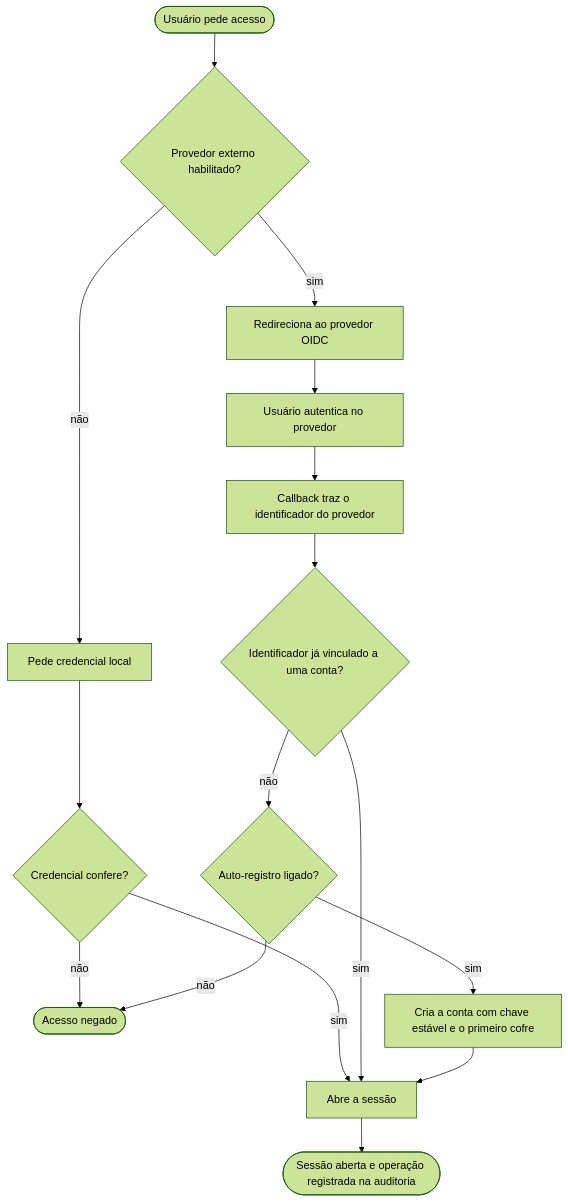
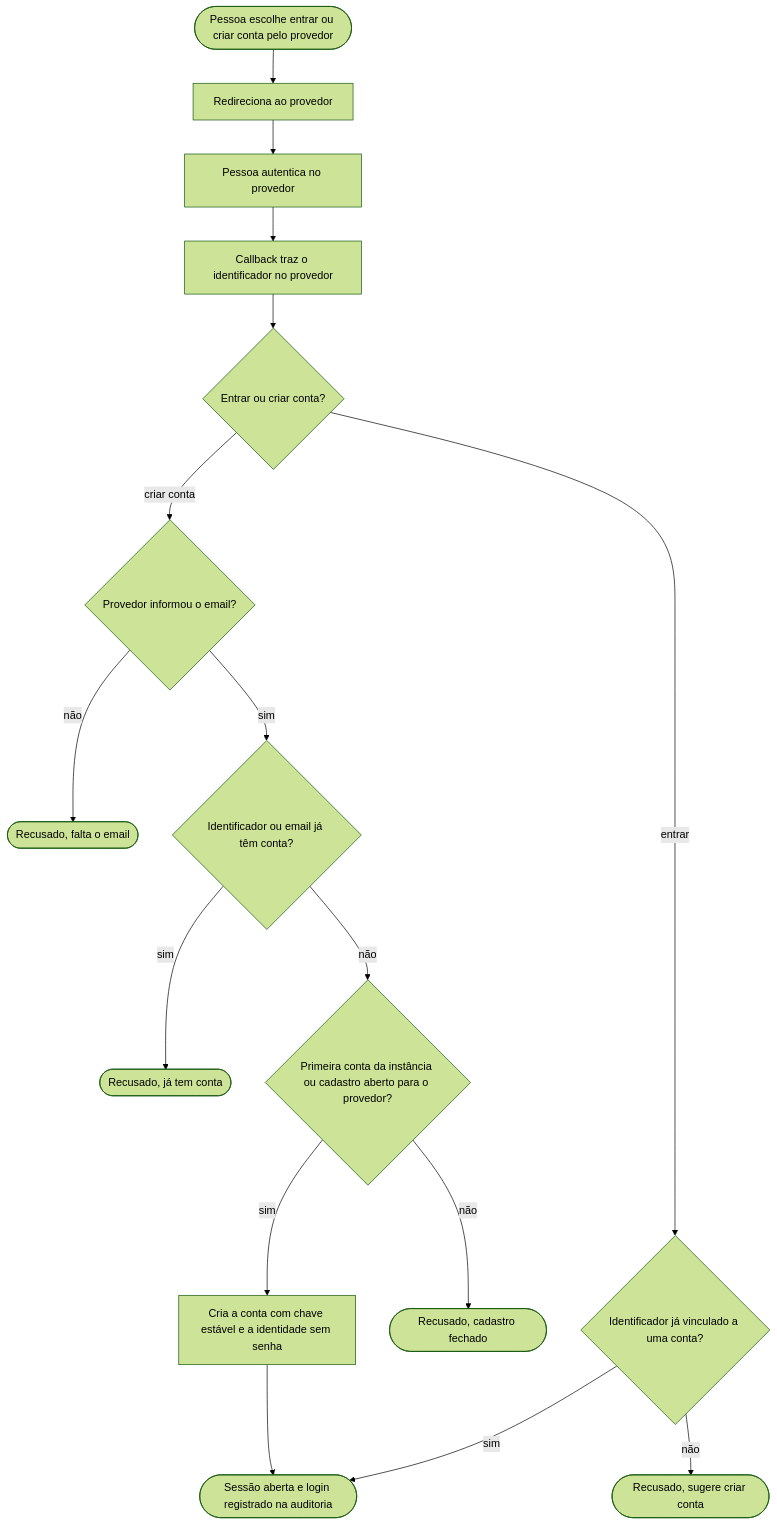
One commit to markupp-labs/markupp changed the second of 4 diagrams in docs/fluxogramas.md. Above: the diagram before and after it, drawn with Mermaid (forest theme). The commit also changed other lines of this file and 5 other files, not shown here.

````diff
--- a/docs/fluxogramas.md
+++ b/docs/fluxogramas.md
@@ -41,18 +42,18 @@
 ```mermaid
 flowchart TD
-  A(["Usuário pede acesso"]) --> B{"Provedor externo habilitado?"}
-  B -- não --> C["Pede credencial local"]
-  C --> D{"Credencial confere?"}
-  D -- não --> E(["Acesso negado"])
-  D -- sim --> K["Abre a sessão"]
-  B -- sim --> F["Redireciona ao provedor OIDC"]
-  F --> G["Usuário autentica no provedor"]
-  G --> H["Callback traz o identificador do provedor"]
-  H --> I{"Identificador já vinculado a uma conta?"}
-  I -- sim --> K
-  I -- não --> J{"Auto-registro ligado?"}
-  J -- não --> E
-  J -- sim --> L["Cria a conta com chave estável e o primeiro cofre"]
+  A(["Pessoa escolhe entrar ou criar conta pelo provedor"]) --> F["Redireciona ao provedor"]
+  F --> G["Pessoa autentica no provedor"]
+  G --> H["Callback traz o identificador no provedor"]
+  H --> Q{"Entrar ou criar conta?"}
+  Q -- entrar --> I{"Identificador já vinculado a uma conta?"}
+  I -- sim --> K(["Sessão aberta e login registrado na auditoria"])
+  I -- não --> E(["Recusado, sugere criar conta"])
+  Q -- criar conta --> R{"Provedor informou o email?"}
+  R -- não --> S(["Recusado, falta o email"])
+  R -- sim --> T{"Identificador ou email já têm conta?"}
+  T -- sim --> U(["Recusado, já tem conta"])
+  T -- não --> J{"Primeira conta da instância ou cadastro aberto para o provedor?"}
+  J -- não --> V(["Recusado, cadastro fechado"])
+  J -- sim --> L["Cria a conta com chave estável e a identidade sem senha"]
   L --> K
-  K --> M(["Sessão aberta e operação registrada na auditoria"])
 ```
````
